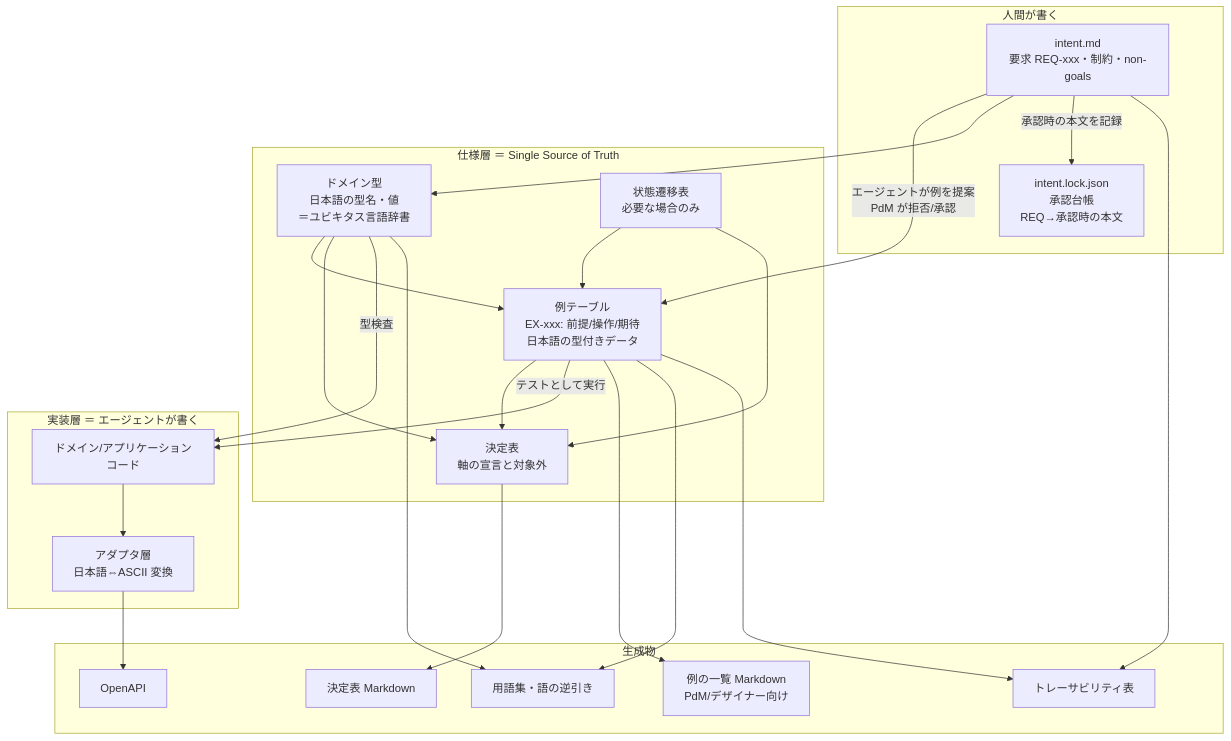
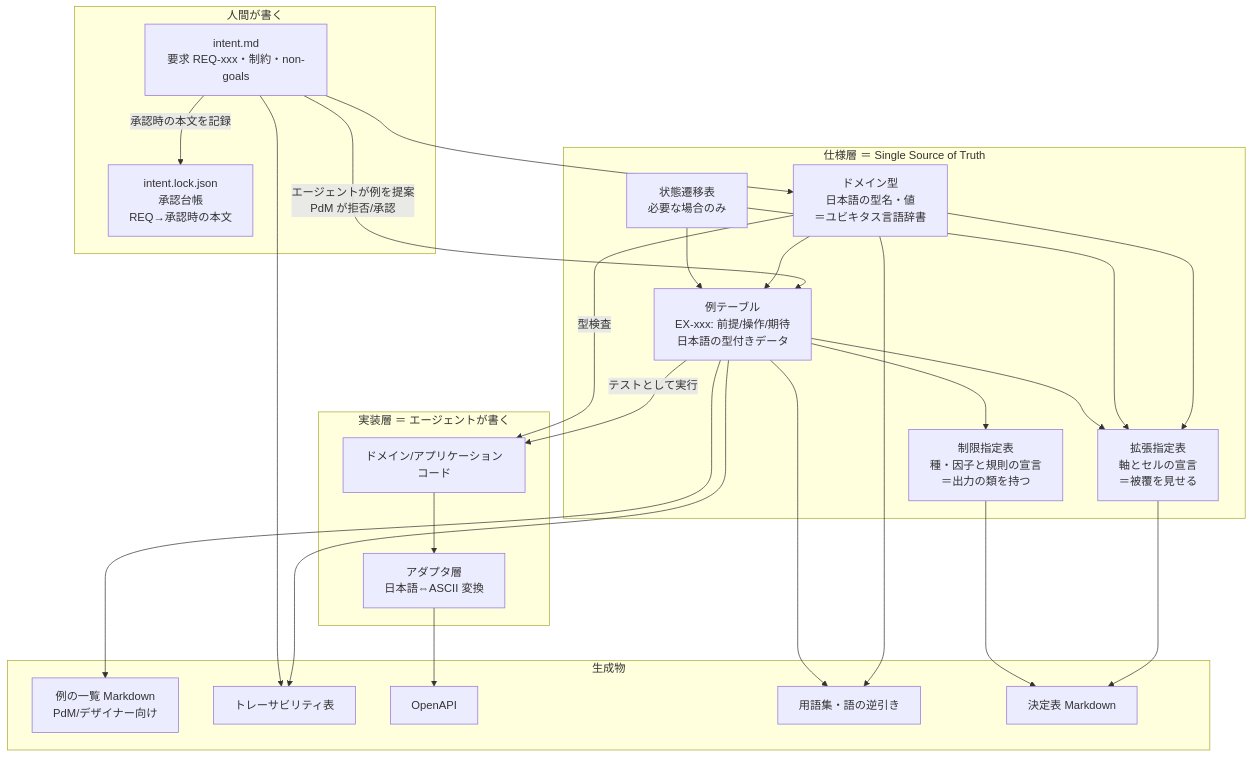
One commit to kuchita-el/claude-shared-skills changed the first of 3 diagrams in docs/development/spec-as-code/design.md. Above: the diagram before and after it, drawn with Mermaid. The commit also changed other lines of this file, not shown here.

````diff
--- a/docs/development/spec-as-code/design.md
+++ b/docs/development/spec-as-code/design.md
@@ -36,42 +36,45 @@
 ```mermaid
 flowchart TD
     subgraph human["人間が書く"]
         I["intent.md<br/>要求 REQ-xxx・制約・non-goals"]
         L["intent.lock.json<br/>承認台帳<br/>REQ→承認時の本文"]
     end
     subgraph spec["仕様層 ＝ Single Source of Truth"]
         T["ドメイン型<br/>日本語の型名・値<br/>＝ユビキタス言語辞書"]
         E["例テーブル<br/>EX-xxx: 前提/操作/期待<br/>日本語の型付きデータ"]
         S["状態遷移表<br/>必要な場合のみ"]
-        X["決定表<br/>軸の宣言と対象外"]
+        G["制限指定表<br/>種・因子と規則の宣言<br/>＝出力の類を持つ"]
+        X["拡張指定表<br/>軸とセルの宣言<br/>＝被覆を見せる"]
     end
     subgraph impl["実装層 ＝ エージェントが書く"]
         C["ドメイン/アプリケーションコード"]
         AD["アダプタ層<br/>日本語⇔ASCII 変換"]
     end
     subgraph generated["生成物"]
         D1["例の一覧 Markdown<br/>PdM/デザイナー向け"]
         D2["トレーサビリティ表"]
         D3["OpenAPI"]
         D4["用語集・語の逆引き"]
         D5["決定表 Markdown"]
     end
     I -->|"エージェントが例を提案<br/>PdM が拒否/承認"| E
     I --> T
     I -->|"承認時の本文を記録"| L
     T --> E
     S --> E
     T --> X
     S --> X
     E --> X
+    E --> G
     E -->|"テストとして実行"| C
     T -->|"型検査"| C
     C --> AD
     E --> D1
     X --> D5
+    G --> D5
     T --> D4
     E --> D4
     E --> D2
     I --> D2
     AD --> D3
 ```
````
